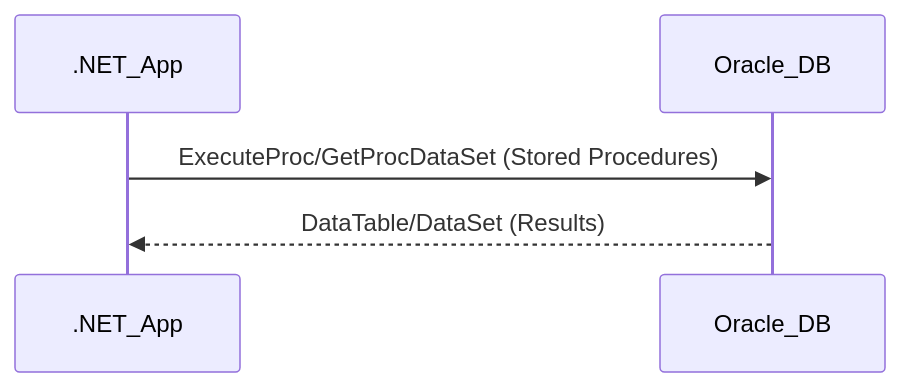
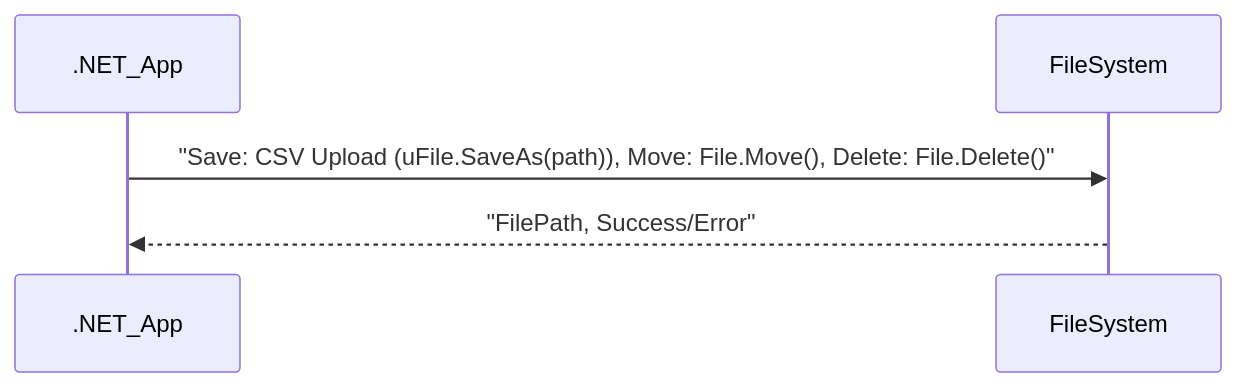
Before and after one commit to saniyakapur39/.NET_code_analyzer: the fifth of 6 diagrams in business_functionality.md, drawn with Mermaid. The commit also changed other lines of this file, not shown here.

````diff
--- a/business_functionality.md
+++ b/business_functionality.md
@@ -142,7 +125,7 @@
 ```mermaid
 sequenceDiagram
-    participant .NET_App
-    participant Oracle_DB
-    .NET_App->>Oracle_DB: ExecuteProc/GetProcDataSet (Stored Procedures)
-    Oracle_DB-->>.NET_App: DataTable/DataSet (Results)
+participant .NET_App
+participant FileSystem
+.NET_App->>FileSystem: "Save: CSV Upload (uFile.SaveAs(path)), Move: File.Move(), Delete: File.Delete()"
+FileSystem-->>.NET_App: "FilePath, Success/Error"
 ```
````
